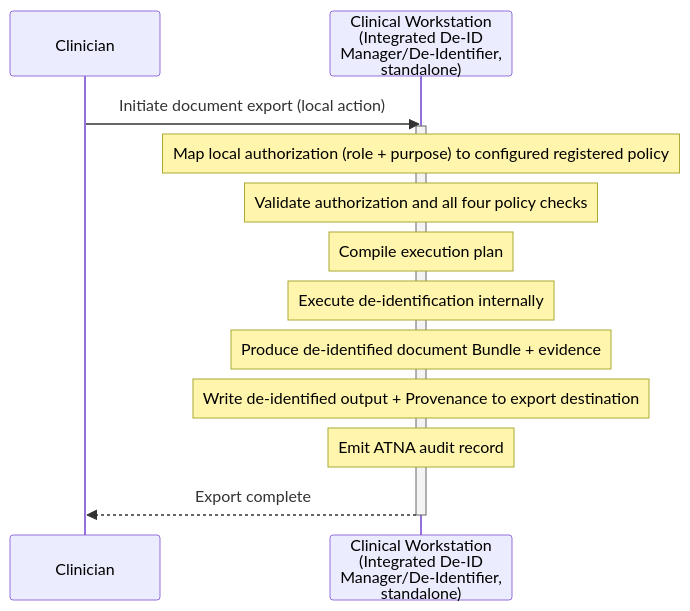
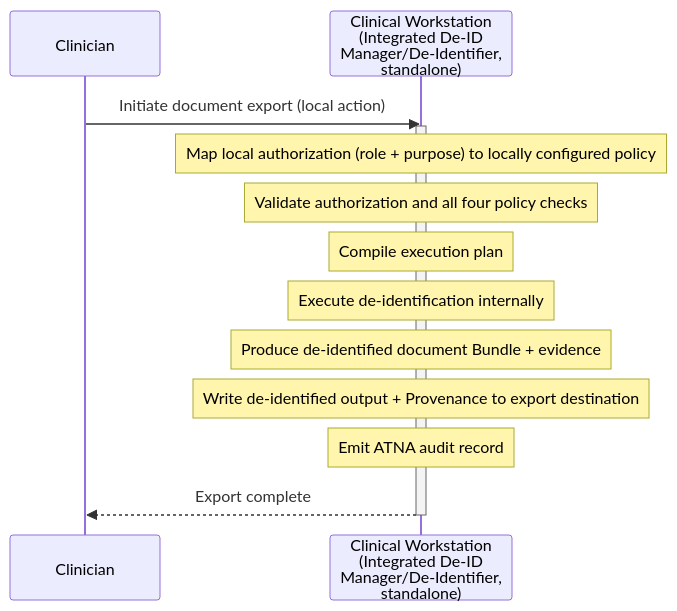
One commit to IHE/ITI.DIS changed the sixth of 6 diagrams in input/pagecontent/volume-1.md. Above: the diagram before and after it, drawn with Mermaid. The commit also changed other lines of this file and 15 other files, not shown here.

First line of the commit message:
Restructure policy/authorization model, add FSH conformance artifacts

````diff
--- a/input/pagecontent/volume-1.md
+++ b/input/pagecontent/volume-1.md
@@ -645,19 +644,19 @@
 ```mermaid
 sequenceDiagram
     participant CLI as Clinician
     participant WS as Clinical Workstation<br/>(Integrated De-ID<br/>Manager/De-Identifier,<br/>standalone)
 
     CLI->>WS: Initiate document export (local action)
     activate WS
-    Note over WS: Map local authorization (role + purpose) to configured registered policy
+    Note over WS: Map local authorization (role + purpose) to locally configured policy
     Note over WS: Validate authorization and all four policy checks
     Note over WS: Compile execution plan
 
     Note over WS: Execute de-identification internally
     Note over WS: Produce de-identified document Bundle + evidence
 
     Note over WS: Write de-identified output + Provenance to export destination
     Note over WS: Emit ATNA audit record
     WS-->>CLI: Export complete
     deactivate WS
 ```
````
